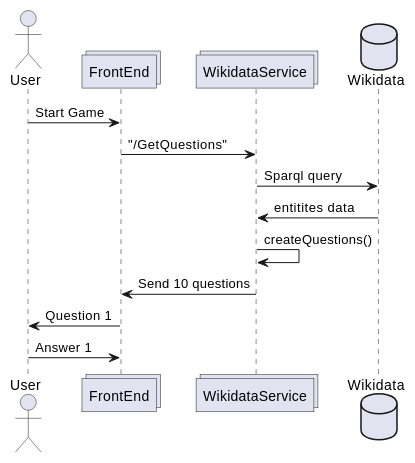
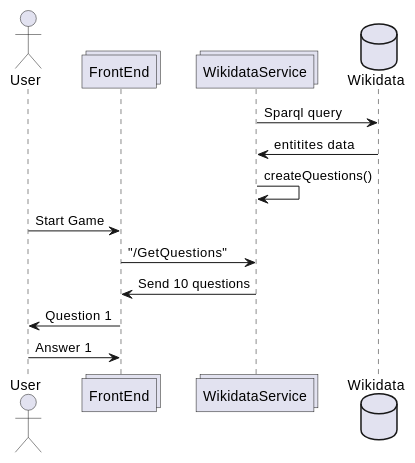
One commit to UO289930/wiq_en3a changed the third of 3 diagrams in docs/src/06_runtime_view.adoc. Above: the diagram before and after it, drawn with PlantUML. The commit also changed 7 other files, not shown here.

```diff
--- a/docs/src/06_runtime_view.adoc
+++ b/docs/src/06_runtime_view.adoc
@@ -51,16 +51,17 @@
 [plantuml,"WikiData diagram",png]
 ----
 actor User
 collections FrontEnd
 collections WikidataService
 database Wikidata
 
-User -> FrontEnd: Start Game
-FrontEnd -> WikidataService: "/GetQuestions"
+
 WikidataService-> Wikidata: Sparql query
 Wikidata-> WikidataService : entitites data
 WikidataService-> WikidataService: createQuestions()
+User -> FrontEnd: Start Game
+FrontEnd -> WikidataService: "/GetQuestions"
 WikidataService-> FrontEnd: Send 10 questions
 FrontEnd -> User: Question 1
 User-> FrontEnd: Answer 1
 ----
```
